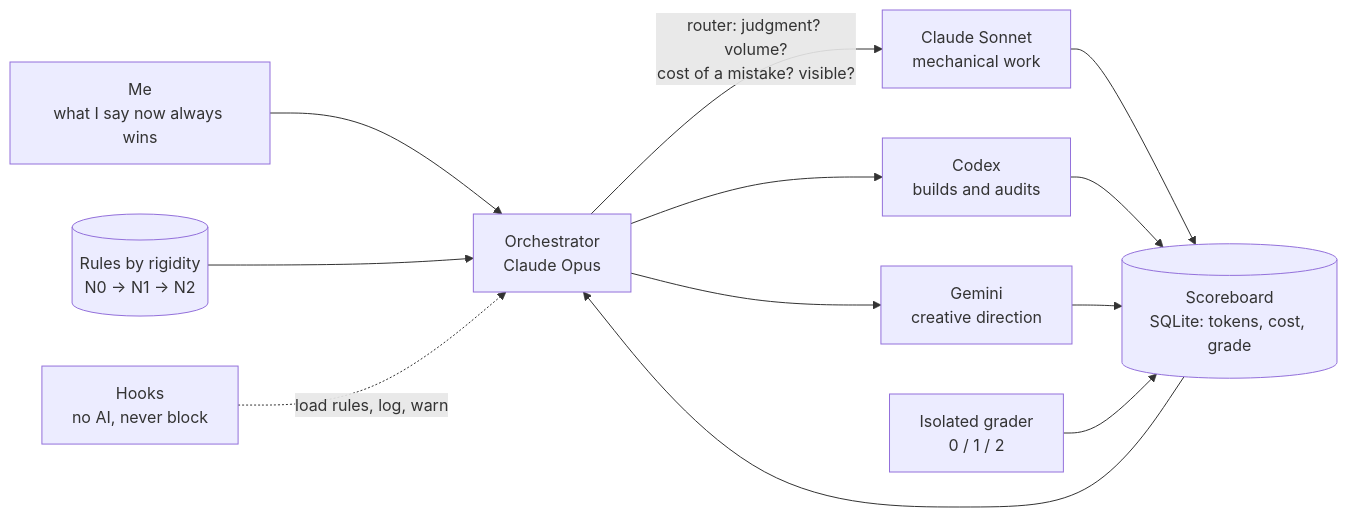
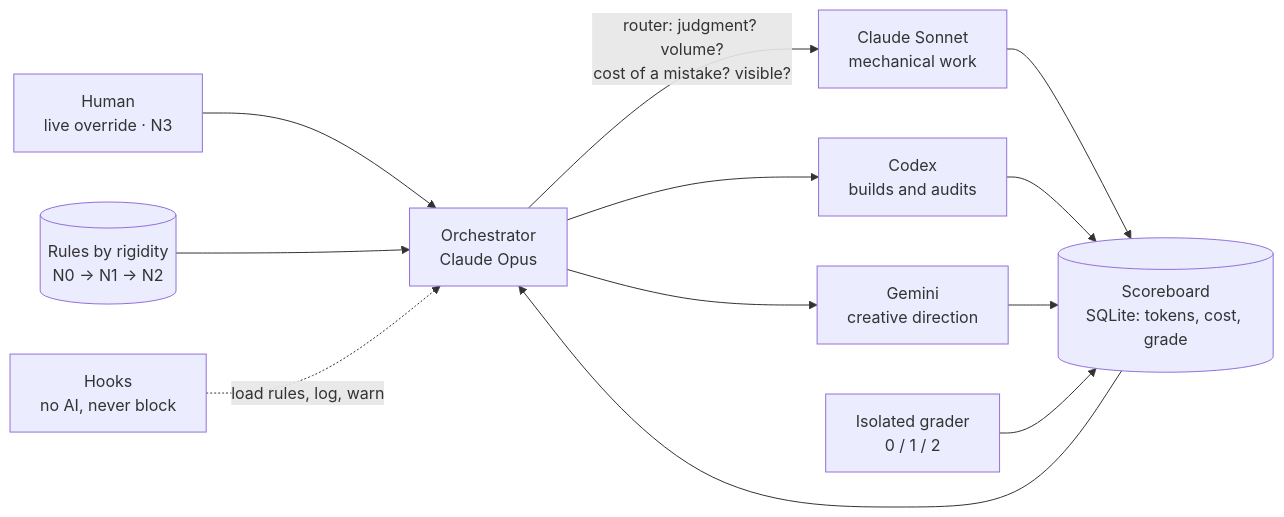
One commit to didierguisland/humanify changed the diagram in README.md. Above: the diagram before and after it, drawn with Mermaid. The commit also changed other lines of this file and 1 other file, not shown here.

````diff
--- a/README.md
+++ b/README.md
@@ -5,12 +5,12 @@
 ```mermaid
 flowchart LR
-  U[Me<br/>what I say now always wins] --> O[Orchestrator<br/>Claude Opus]
+  U[Human<br/>live override · N3] --> O[Orchestrator<br/>Claude Opus]
   R[(Rules by rigidity<br/>N0 → N1 → N2)] --> O
   O -- router: judgment? volume?<br/>cost of a mistake? visible? --> A1[Claude Sonnet<br/>mechanical work]
   O --> A2[Codex<br/>builds and audits]
   O --> A3[Gemini<br/>creative direction]
   A1 & A2 & A3 --> S[(Scoreboard<br/>SQLite: tokens, cost, grade)]
   G[Isolated grader<br/>0 / 1 / 2] --> S
   S --> O
   H[Hooks<br/>no AI, never block] -. load rules, log, warn .-> O
 ```
````
